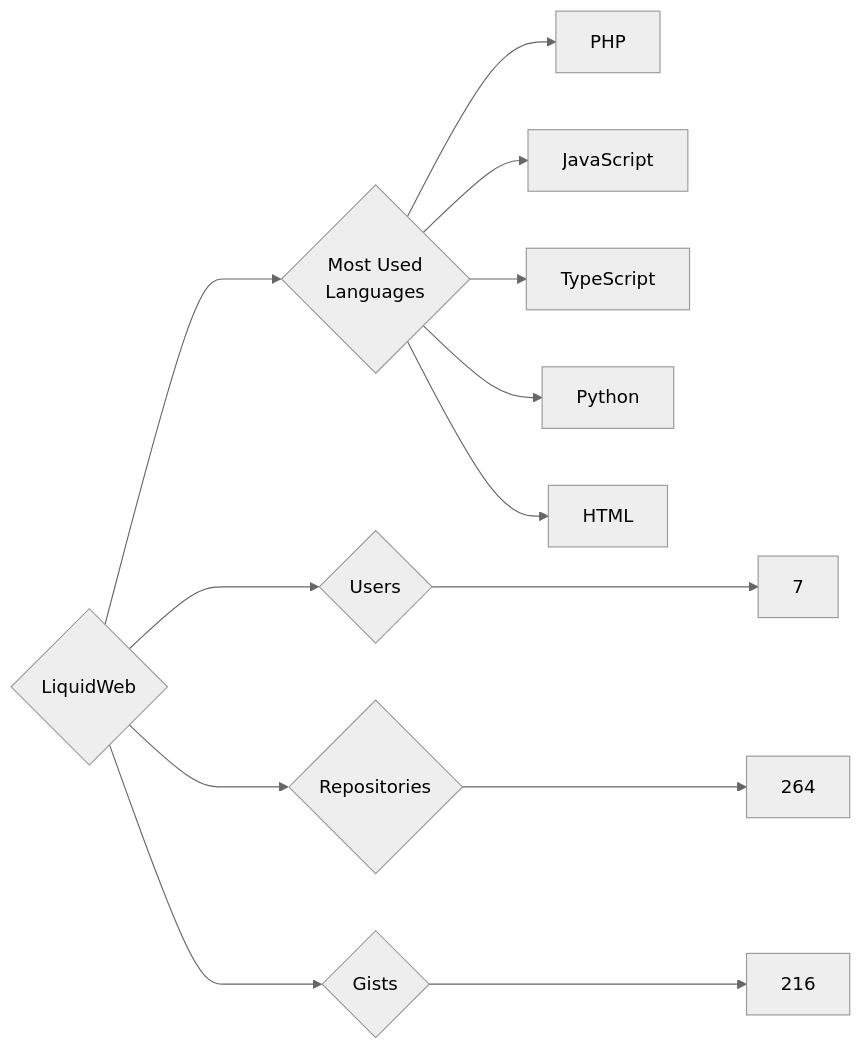
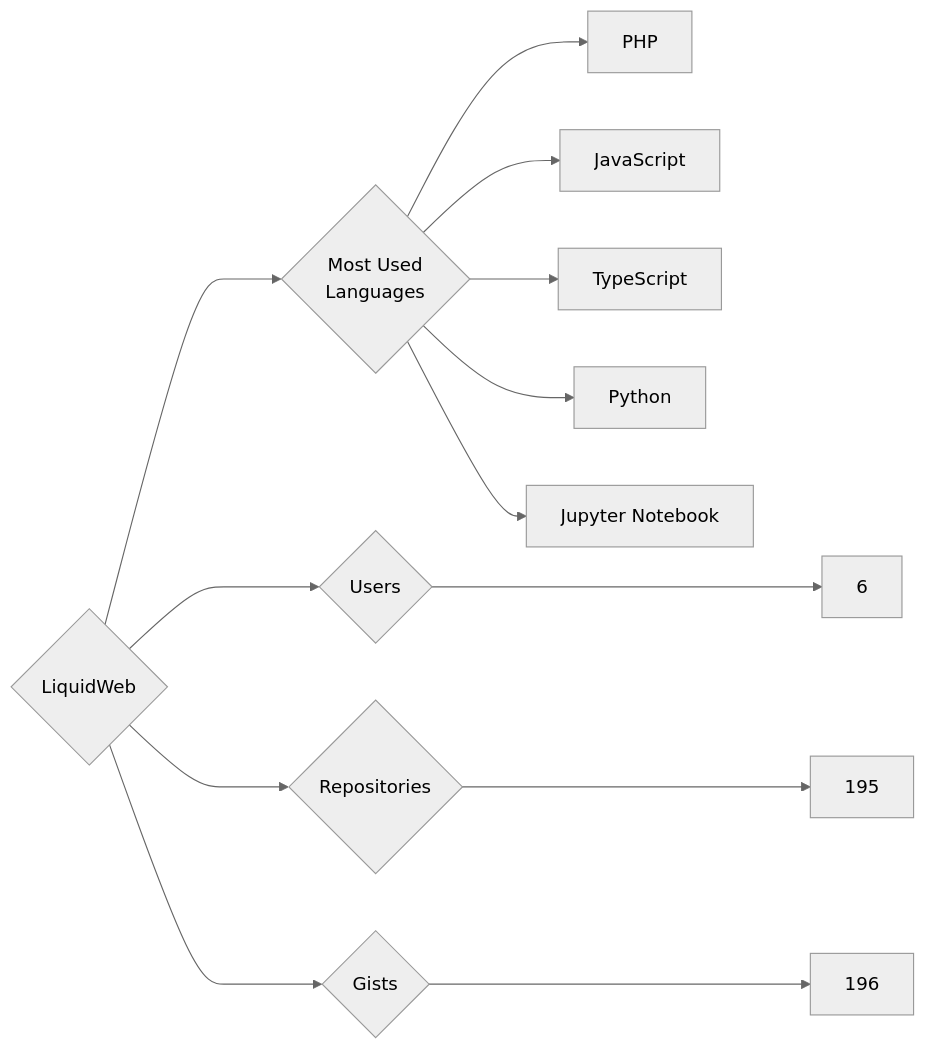
The diagram in targets/LiquidWeb/README.md (trickest/insiders), drawn with Mermaid (neutral theme) before and after one commit. The commit also changed 611 other files, not shown here.

````diff
--- a/targets/LiquidWeb/README.md
+++ b/targets/LiquidWeb/README.md
@@ -3,13 +3,13 @@
 ```mermaid
 graph LR
 COMPANY_NAME{LiquidWeb}
-COMPANY_NAME ---> U{Users} ---> UN[7]
-COMPANY_NAME ---> R{Repositories} ---> RN[264]
-COMPANY_NAME ---> G{Gists} ---> GN[216]
+COMPANY_NAME ---> U{Users} ---> UN[6]
+COMPANY_NAME ---> R{Repositories} ---> RN[195]
+COMPANY_NAME ---> G{Gists} ---> GN[196]
 COMPANY_NAME ---> ML{Most Used<br>Languages}
 ML --> PHP[PHP]
 ML --> JavaScript[JavaScript]
 ML --> TypeScript[TypeScript]
 ML --> Python[Python]
-ML --> HTML[HTML]
+ML --> Jupyter_Notebook[Jupyter Notebook]
 ```
````
